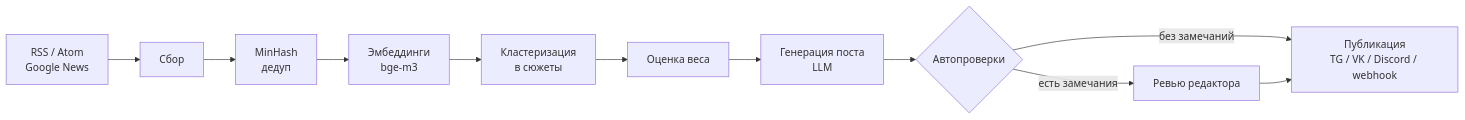
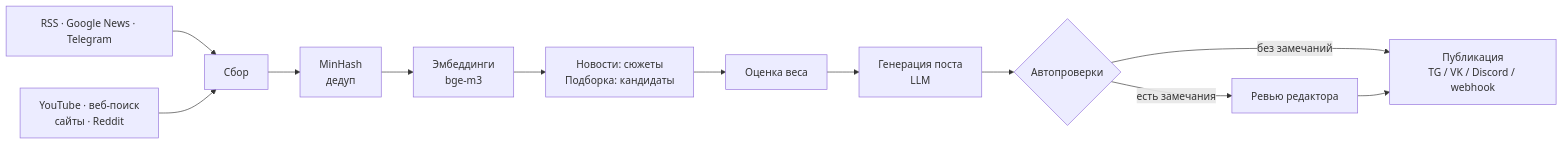
The first of 2 diagrams in README.md (marienbaum77/pulse), drawn with Mermaid before and after one commit. The commit also changed other lines of this file and 36 other files, not shown here.

````diff
--- a/README.md
+++ b/README.md
@@ -37,13 +41,14 @@
 ```mermaid
 flowchart LR
-    A[RSS / Atom<br/>Google News] --> B[Сбор]
+    A[RSS · Google News · Telegram] --> B[Сбор]
+    Y[YouTube · веб-поиск<br/>сайты · Reddit] --> B
     B --> MH[MinHash<br/>дедуп]
     MH --> C[Эмбеддинги<br/>bge-m3]
-    C --> D[Кластеризация<br/>в сюжеты]
+    C --> D[Новости: сюжеты<br/>Подборка: кандидаты]
     D --> E[Оценка веса]
     E --> F[Генерация поста<br/>LLM]
     F --> G{Автопроверки}
     G -- без замечаний --> H[Публикация<br/>TG / VK / Discord / webhook]
     G -- есть замечания --> I[Ревью редактора]
     I --> H
 ```
````
